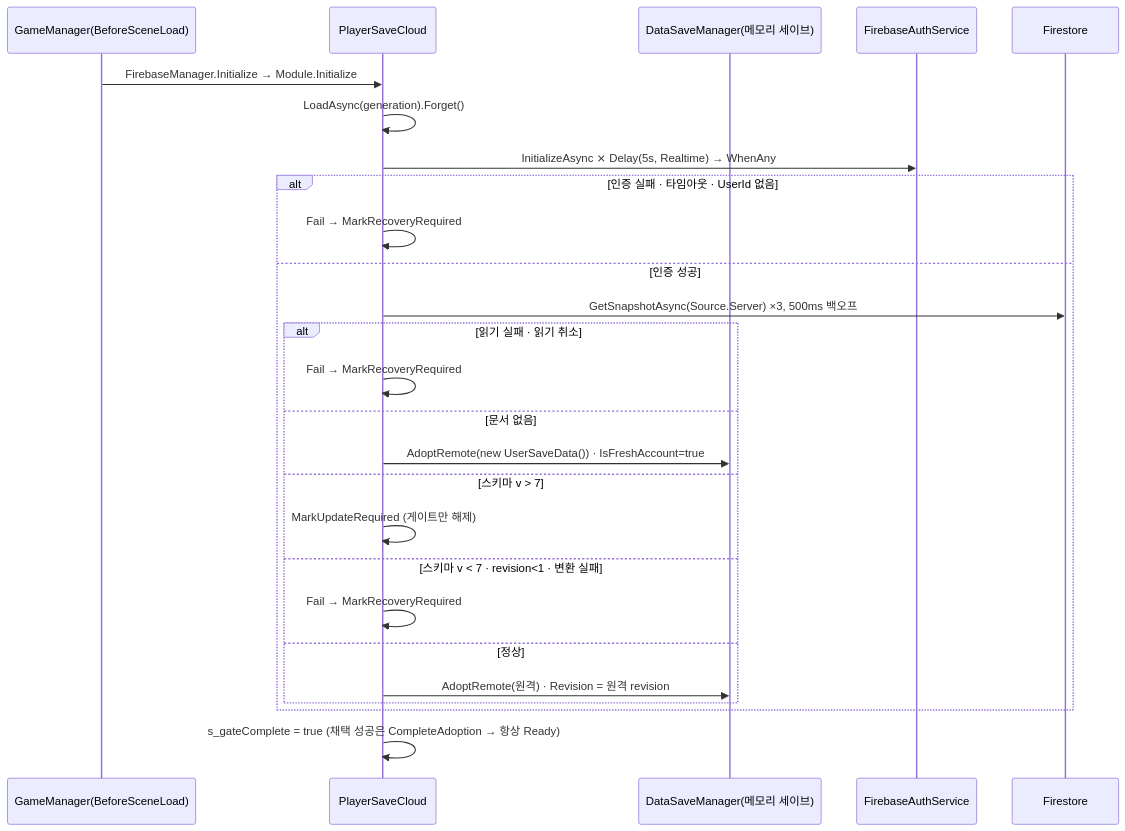
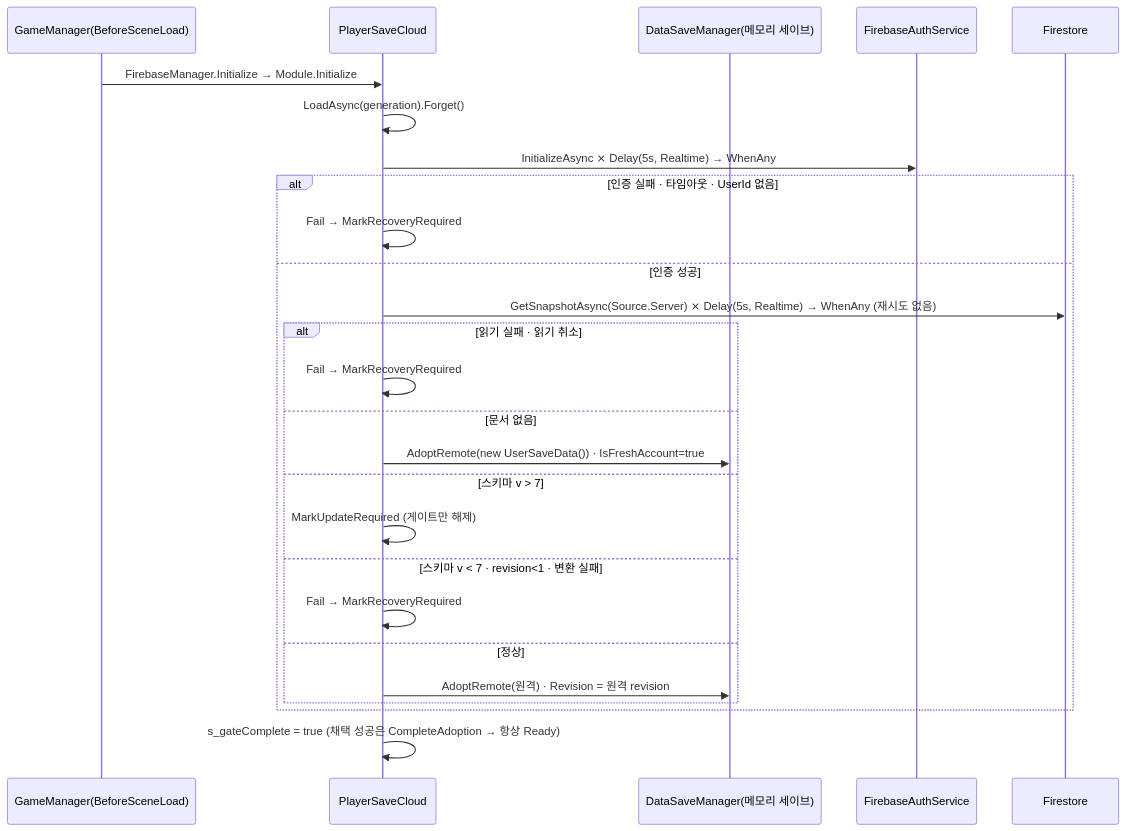
One commit to hspark-maker/TeamfightTCG_Migriation changed the second of 27 diagrams in docs/OutGamePlan/STRUCTURE.md. Above: the diagram before and after it, drawn with Mermaid. The commit also changed other lines of this file and 13 other files, not shown here.

````diff
--- a/docs/OutGamePlan/STRUCTURE.md
+++ b/docs/OutGamePlan/STRUCTURE.md
@@ -48,29 +48,29 @@
 ```mermaid
 sequenceDiagram
     participant GM as GameManager(BeforeSceneLoad)
     participant PC as PlayerSaveCloud
     participant DSM as DataSaveManager(메모리 세이브)
     participant AU as FirebaseAuthService
     participant FS as Firestore
 
     GM->>PC: FirebaseManager.Initialize → Module.Initialize
     PC->>PC: LoadAsync(generation).Forget()
     PC->>AU: InitializeAsync ⨯ Delay(5s, Realtime) → WhenAny
     alt 인증 실패 · 타임아웃 · UserId 없음
         PC->>PC: Fail → MarkRecoveryRequired
     else 인증 성공
-        PC->>FS: GetSnapshotAsync(Source.Server) ×3, 500ms 백오프
+        PC->>FS: GetSnapshotAsync(Source.Server) ⨯ Delay(5s, Realtime) → WhenAny (재시도 없음)
         alt 읽기 실패 · 읽기 취소
             PC->>PC: Fail → MarkRecoveryRequired
         else 문서 없음
             PC->>DSM: AdoptRemote(new UserSaveData()) · IsFreshAccount=true
         else 스키마 v > 7
             PC->>PC: MarkUpdateRequired (게이트만 해제)
         else 스키마 v < 7 · revision<1 · 변환 실패
             PC->>PC: Fail → MarkRecoveryRequired
         else 정상
             PC->>DSM: AdoptRemote(원격) · Revision = 원격 revision
         end
     end
     PC->>PC: s_gateComplete = true (채택 성공은 CompleteAdoption → 항상 Ready)
 ```
````
